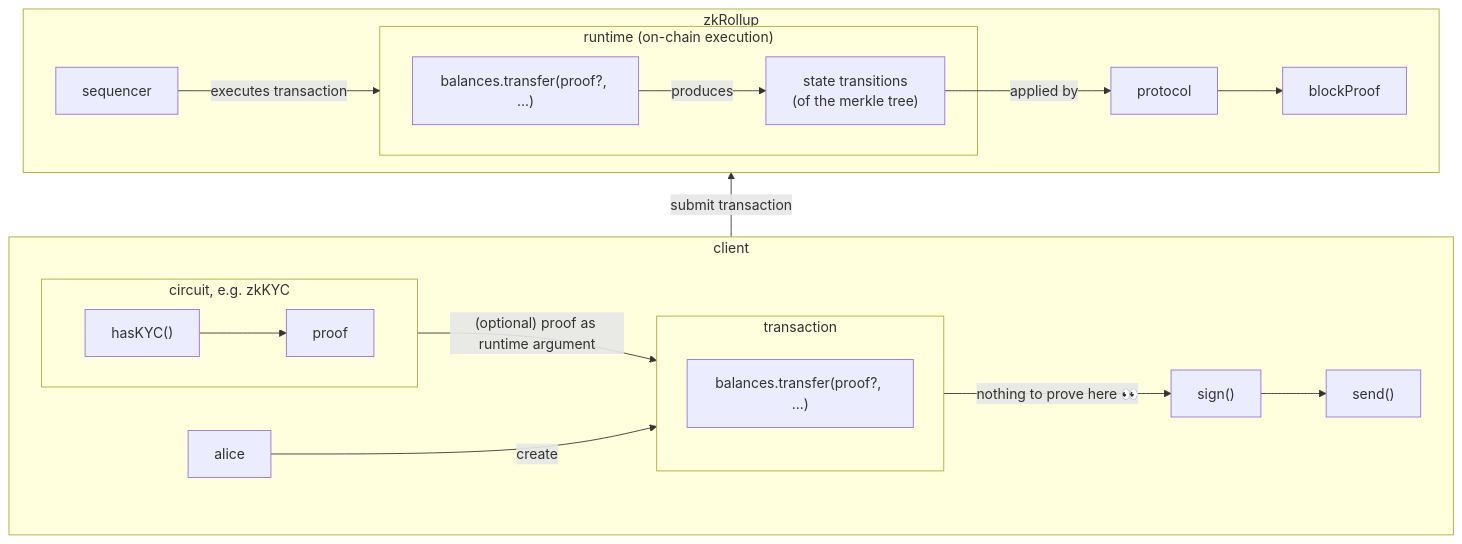
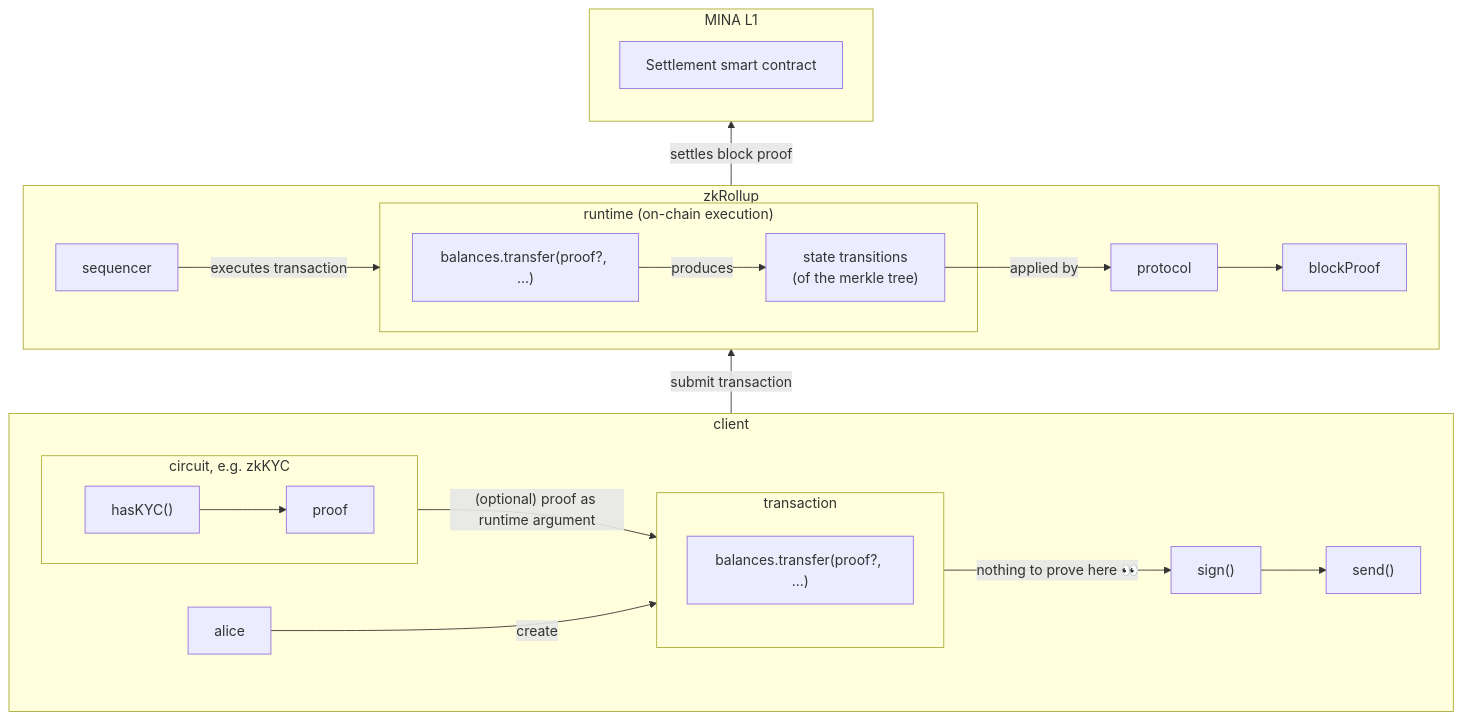
Before and after one commit to proto-kit/private-airdrop-workshop: the fourth of 4 diagrams in slidev/slides.md, drawn with Mermaid. The commit also changed other lines of this file and 5 other files, not shown here.

````diff
--- a/slidev/slides.md
+++ b/slidev/slides.md
@@ -463,43 +650,47 @@
 ```mermaid
 flowchart BT
     subgraph zkRollup
         direction LR
         sequencer
 
         subgraph runtime["runtime (on-chain execution)"]
             method["balances.transfer(proof?, ...)"]
             stateTransitions["state transitions \n (of the merkle tree)"]
         end
 
         sequencer -- executes transaction --> runtime
         method -- produces --> stateTransitions
         stateTransitions -- applied by --> protocol
         protocol --> blockProof
     end
 
-
+    subgraph L1["MINA L1"]
+        settlementContract["Settlement smart contract"]
+    end
 
     subgraph client
         direction LR
         alice
 
         subgraph transaction
             runtimeMethod["balances.transfer(proof?, ...)"]
         end
 
        subgraph circuit["circuit, e.g. zkKYC"]
             direction LR
             circuitMethod["hasKYC()"]
             proof["proof"]
 
             circuitMethod --> proof
         end
 
         circuit -- (optional) proof as runtime argument --> transaction
         alice -- create --> transaction
         transaction -- nothing to prove here 👀 --> sign["sign()"]
         sign --> send["send()"]
     end
 
     client -- submit transaction --> zkRollup
+
+    zkRollup -- settles block proof --> L1
 ```
````
